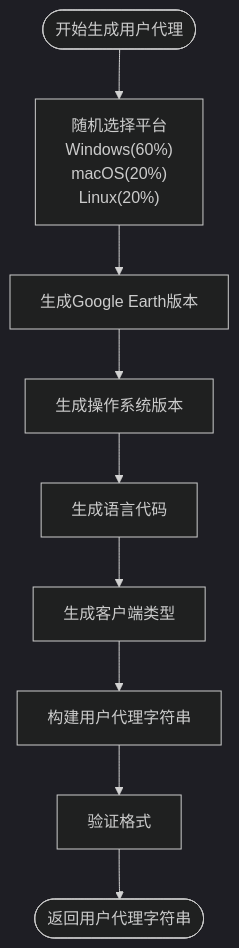
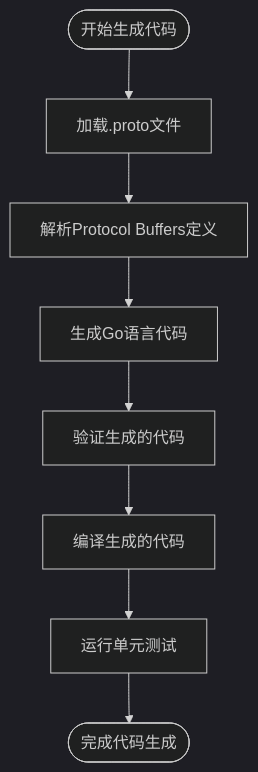
One commit to vistone/crawler-platform changed the third of 5 diagrams in .qoder/repowiki/zh/content/核心功能/Google Earth 用户代理.md. Above: the diagram before and after it, drawn with Mermaid (dark theme). The commit also changed other lines of this file and 40 other files, not shown here.

````diff
--- a/.qoder/repowiki/zh/content/核心功能/Google Earth 用户代理.md
+++ b/.qoder/repowiki/zh/content/核心功能/Google Earth 用户代理.md
@@ -186,11 +172,10 @@
 ```mermaid
 flowchart TD
-Start([开始生成用户代理]) --> SelectPlatform["随机选择平台<br/>Windows(60%)<br/>macOS(20%)<br/>Linux(20%)"]
-SelectPlatform --> GenerateVersion["生成Google Earth版本"]
-GenerateVersion --> GenerateOSVersion["生成操作系统版本"]
-GenerateOSVersion --> GenerateLanguage["生成语言代码"]
-GenerateLanguage --> GenerateClientType["生成客户端类型"]
-GenerateClientType --> BuildString["构建用户代理字符串"]
-BuildString --> ValidateFormat["验证格式"]
-ValidateFormat --> End([返回用户代理字符串])
+Start([开始生成代码]) --> LoadProto["加载.proto文件"]
+LoadProto --> ParseProto["解析Protocol Buffers定义"]
+ParseProto --> GenerateGo["生成Go语言代码"]
+GenerateGo --> ValidateCode["验证生成的代码"]
+ValidateCode --> CompileCode["编译生成的代码"]
+CompileCode --> TestCode["运行单元测试"]
+TestCode --> End([完成代码生成])
 ```
````
